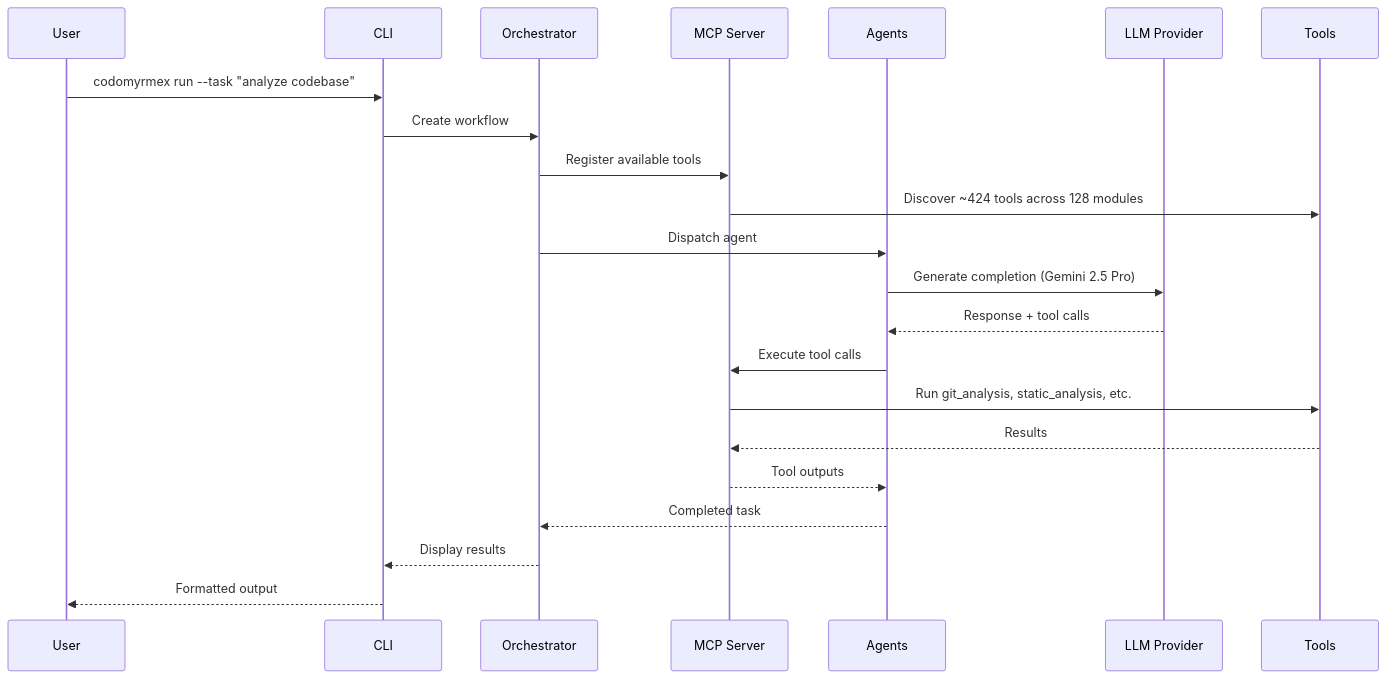
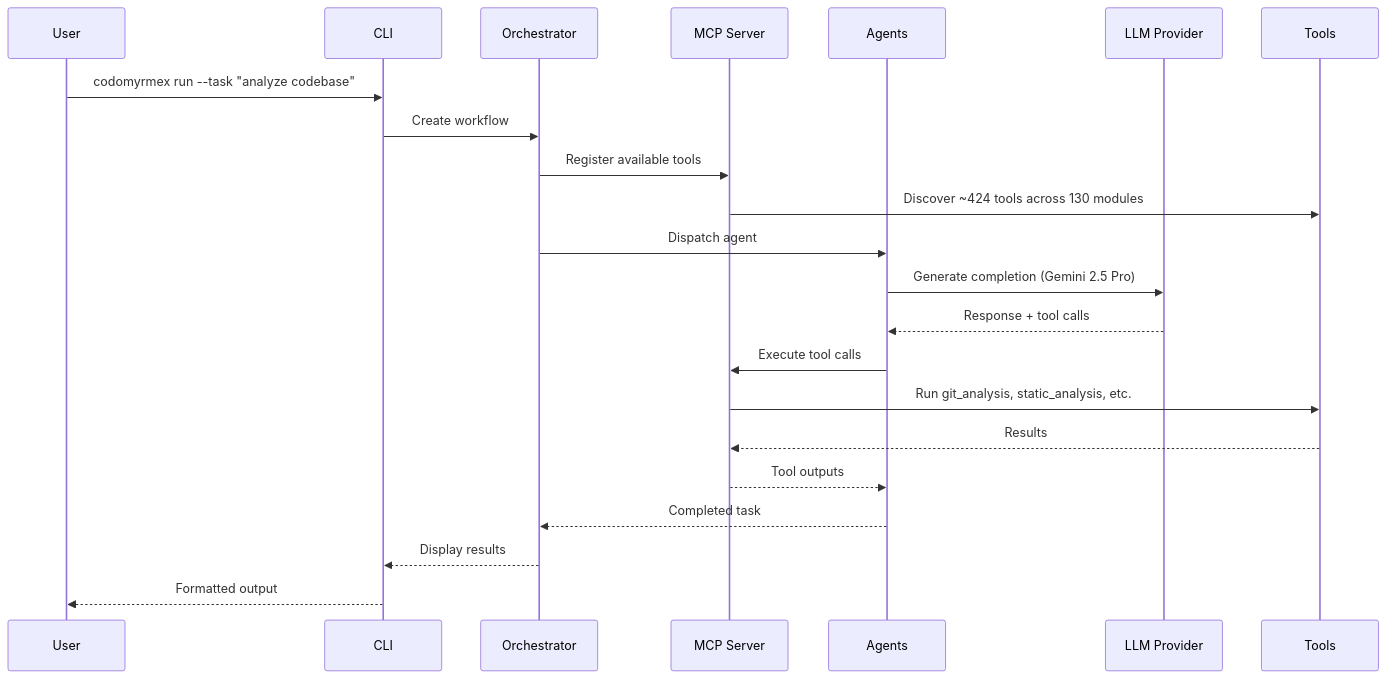
Before and after one commit to docxology/codomyrmex: the third of 7 diagrams in .github/README.md, drawn with Mermaid. The commit also changed other lines of this file and 255 other files, not shown here.

````diff
--- a/.github/README.md
+++ b/.github/README.md
@@ -424,25 +424,25 @@
 ```mermaid
 sequenceDiagram
     participant User
     participant CLI
     participant Orchestrator
     participant MCP as MCP Server
     participant Agents
     participant LLM as LLM Provider
     participant Tools
 
     User->>CLI: codomyrmex run --task "analyze codebase"
     CLI->>Orchestrator: Create workflow
     Orchestrator->>MCP: Register available tools
-    MCP->>Tools: Discover ~424 tools across 128 modules
+    MCP->>Tools: Discover ~424 tools across 130 modules
     Orchestrator->>Agents: Dispatch agent
     Agents->>LLM: Generate completion (Gemini 2.5 Pro)
     LLM-->>Agents: Response + tool calls
     Agents->>MCP: Execute tool calls
     MCP->>Tools: Run git_analysis, static_analysis, etc.
     Tools-->>MCP: Results
     MCP-->>Agents: Tool outputs
     Agents-->>Orchestrator: Completed task
     Orchestrator-->>CLI: Display results
     CLI-->>User: Formatted output
 ```
````
